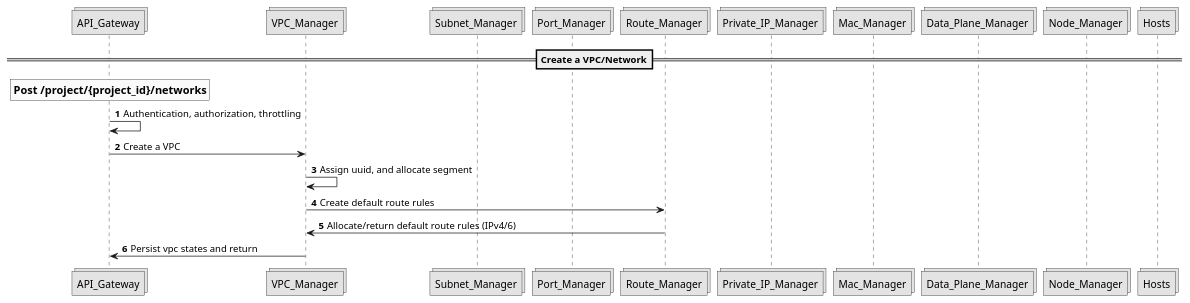
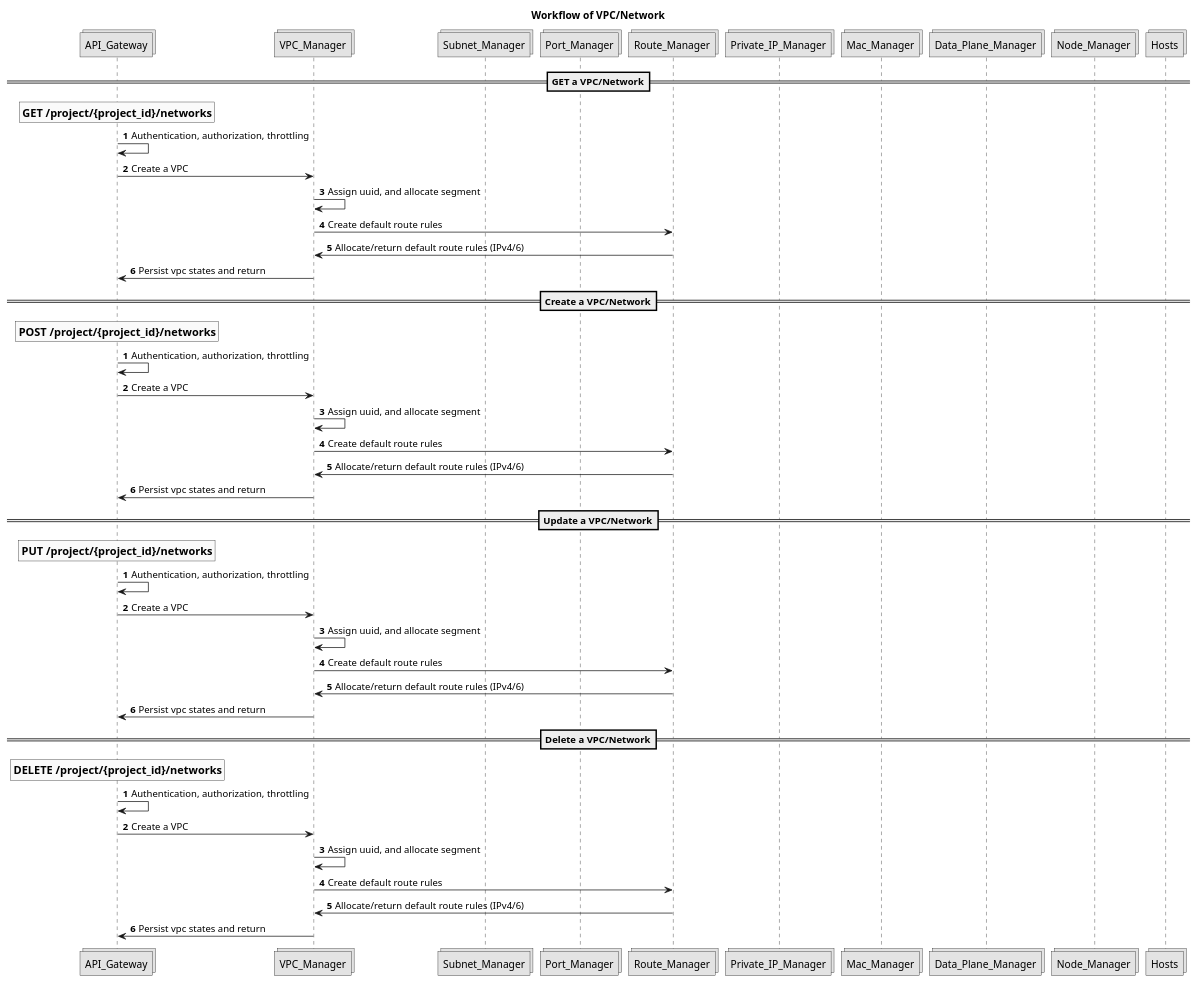
One commit to futurewei-cloud/alcor changed the diagram in docs/design/puml/vpc_create.puml. Above: the diagram before and after it, drawn with PlantUML. The commit also changed 1 other file, not shown here.

Commit message:
update vpc puml and system flow adoc

```diff
--- a/docs/design/puml/vpc_create.puml
+++ b/docs/design/puml/vpc_create.puml
@@ -1,39 +1,71 @@
  @startuml
 
 ' Copyright 2019 The Alcor Authors.
 
 ' Licensed under the Apache License, Version 2.0 (the "License");
 '        you may not use this file except in compliance with the License.
 '        You may obtain a copy of the License at
 
 '        http://www.apache.org/licenses/LICENSE-2.0
 
 '        Unless required by applicable law or agreed to in writing, software
 '        distributed under the License is distributed on an "AS IS" BASIS,
 '        WITHOUT WARRANTIES OR CONDITIONS OF ANY KIND, either express or implied.
 '        See the License for the specific language governing permissions and
 '        limitations under the License.
 		
+title Workflow of VPC/Network
+
 skinparam monochrome true
-autonumber
 collections API_Gateway
 collections VPC_Manager
 collections Subnet_Manager
 collections Port_Manager
 collections Route_Manager
 collections Private_IP_Manager
 collections Mac_Manager
 collections Data_Plane_Manager
 collections Node_Manager
 collections Hosts
 
+==GET a VPC/Network==
+autonumber
+rnote over API_Gateway: ==GET /project/{project_id}/networks
+API_Gateway -> API_Gateway: Authentication, authorization, throttling
+API_Gateway -> VPC_Manager: Create a VPC
+VPC_Manager -> VPC_Manager: Assign uuid, and allocate segment
+VPC_Manager -> Route_Manager: Create default route rules
+Route_Manager -> VPC_Manager: Allocate/return default route rules (IPv4/6)
+VPC_Manager -> API_Gateway: Persist vpc states and return
+
 ==Create a VPC/Network==
-rnote over API_Gateway: ==Post /project/{project_id}/networks
+autonumber
+rnote over API_Gateway: ==POST /project/{project_id}/networks
+API_Gateway -> API_Gateway: Authentication, authorization, throttling
+API_Gateway -> VPC_Manager: Create a VPC
+VPC_Manager -> VPC_Manager: Assign uuid, and allocate segment
+VPC_Manager -> Route_Manager: Create default route rules
+Route_Manager -> VPC_Manager: Allocate/return default route rules (IPv4/6)
+VPC_Manager -> API_Gateway: Persist vpc states and return
+
+==Update a VPC/Network==
+autonumber
+rnote over API_Gateway: ==PUT /project/{project_id}/networks
+API_Gateway -> API_Gateway: Authentication, authorization, throttling
+API_Gateway -> VPC_Manager: Create a VPC
+VPC_Manager -> VPC_Manager: Assign uuid, and allocate segment
+VPC_Manager -> Route_Manager: Create default route rules
+Route_Manager -> VPC_Manager: Allocate/return default route rules (IPv4/6)
+VPC_Manager -> API_Gateway: Persist vpc states and return
+
+==Delete a VPC/Network==
+autonumber
+rnote over API_Gateway: ==DELETE /project/{project_id}/networks
 API_Gateway -> API_Gateway: Authentication, authorization, throttling
 API_Gateway -> VPC_Manager: Create a VPC
 VPC_Manager -> VPC_Manager: Assign uuid, and allocate segment
 VPC_Manager -> Route_Manager: Create default route rules
 Route_Manager -> VPC_Manager: Allocate/return default route rules (IPv4/6)
 VPC_Manager -> API_Gateway: Persist vpc states and return
 
 @enduml
```
